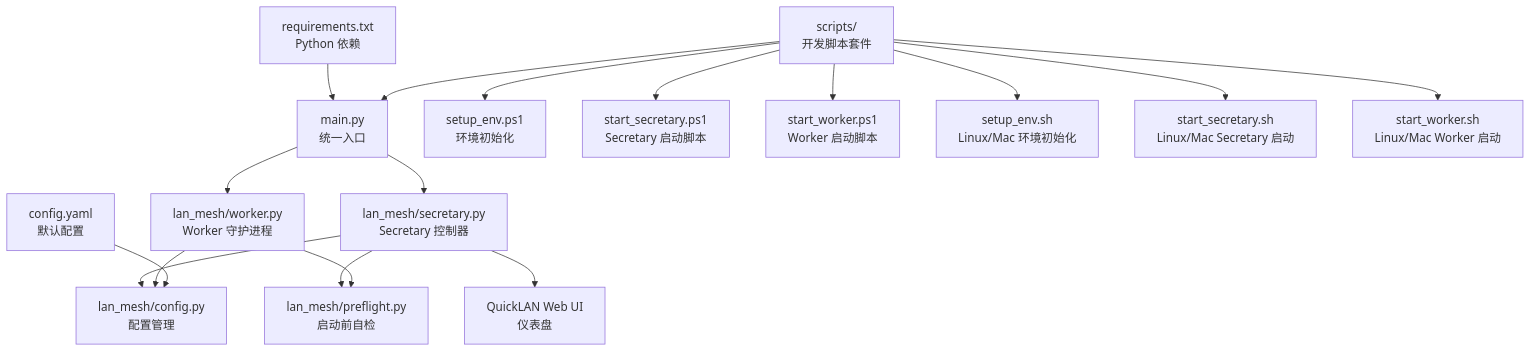
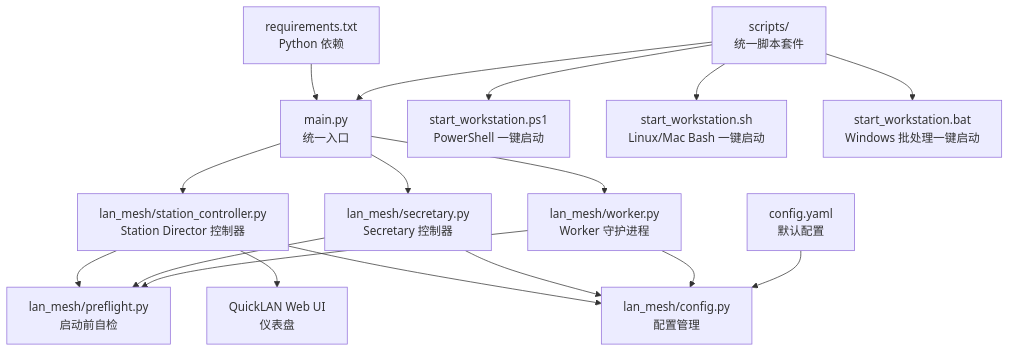
The first of 2 diagrams in .qoder/repowiki/zh/content/快速开始.md (targalian/Personal-distributed-workstation), drawn with Mermaid before and after one commit. The commit also changed other lines of this file and 117 other files, not shown here.

````diff
--- a/.qoder/repowiki/zh/content/快速开始.md
+++ b/.qoder/repowiki/zh/content/快速开始.md
@@ -55,19 +53,19 @@
 ```mermaid
 graph TB
-A["main.py<br/>统一入口"] --> B["lan_mesh/secretary.py<br/>Secretary 控制器"]
-A --> C["lan_mesh/worker.py<br/>Worker 守护进程"]
-B --> D["lan_mesh/config.py<br/>配置管理"]
-C --> D
-B --> E["lan_mesh/preflight.py<br/>启动前自检"]
+A["main.py<br/>统一入口"] --> B["lan_mesh/station_controller.py<br/>Station Director 控制器"]
+A --> C["lan_mesh/secretary.py<br/>Secretary 控制器"]
+A --> D["lan_mesh/worker.py<br/>Worker 守护进程"]
+B --> E["lan_mesh/config.py<br/>配置管理"]
 C --> E
-B --> F["QuickLAN Web UI<br/>仪表盘"]
-G["config.yaml<br/>默认配置"] --> D
-H["requirements.txt<br/>Python 依赖"] --> A
-I["scripts/<br/>开发脚本套件"] --> A
-I --> J["setup_env.ps1<br/>环境初始化"]
-I --> K["start_secretary.ps1<br/>Secretary 启动脚本"]
-I --> L["start_worker.ps1<br/>Worker 启动脚本"]
-I --> M["setup_env.sh<br/>Linux/Mac 环境初始化"]
-I --> N["start_secretary.sh<br/>Linux/Mac Secretary 启动"]
-I --> O["start_worker.sh<br/>Linux/Mac Worker 启动"]
+D --> E
+B --> F["lan_mesh/preflight.py<br/>启动前自检"]
+C --> F
+D --> F
+B --> G["QuickLAN Web UI<br/>仪表盘"]
+H["config.yaml<br/>默认配置"] --> E
+I["requirements.txt<br/>Python 依赖"] --> A
+J["scripts/<br/>统一脚本套件"] --> A
+J --> K["start_workstation.ps1<br/>PowerShell 一键启动"]
+J --> L["start_workstation.sh<br/>Linux/Mac Bash 一键启动"]
+J --> M["start_workstation.bat<br/>Windows 批处理一键启动"]
 ```
````
